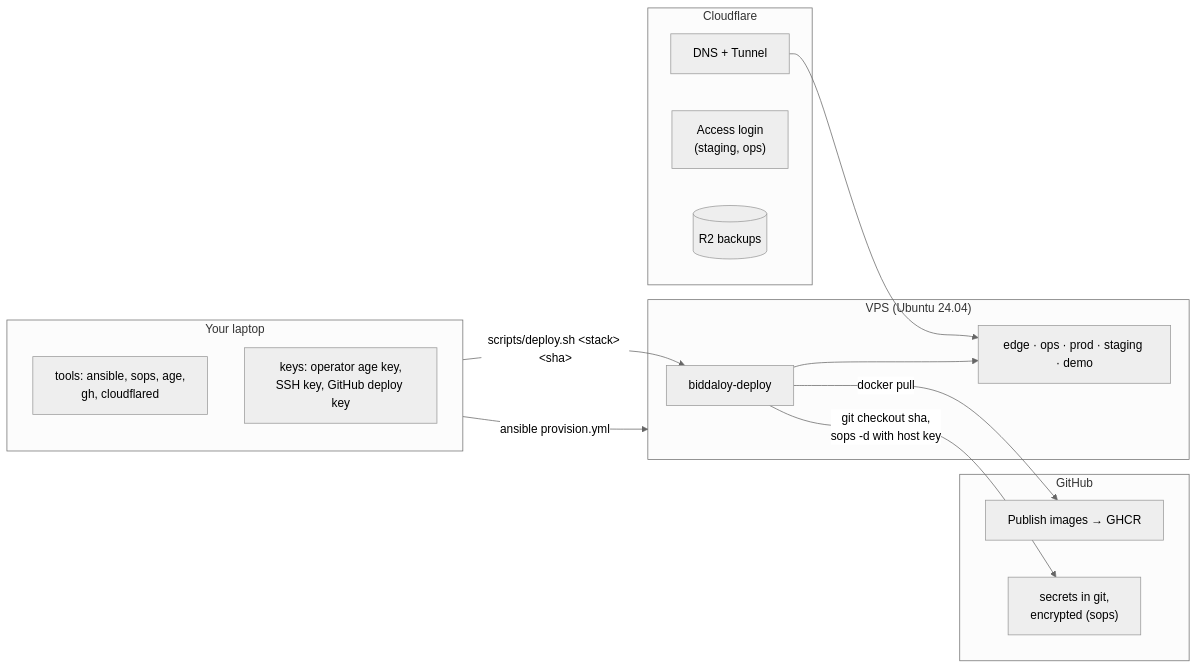
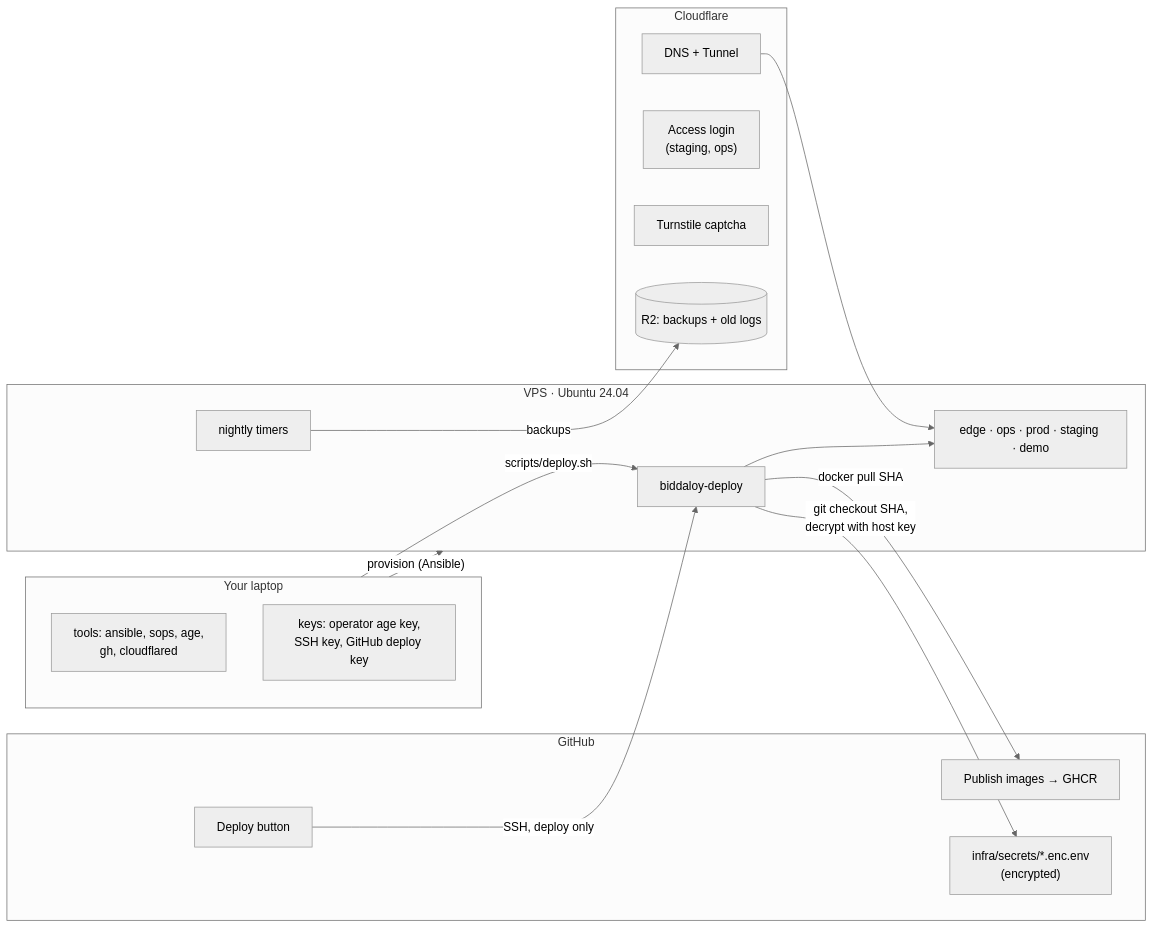
The first of 4 diagrams in docs/architecture/31-vps-deploy-walkthrough.md (tareq89/biddaloy), drawn with Mermaid (neutral theme) before and after one commit. The commit also changed other lines of this file and 2 other files, not shown here.

First line of the commit message:
docs(deploy): complete deploy-from-zero guide for any domain, VM or provider

````diff
--- a/docs/architecture/31-vps-deploy-walkthrough.md
+++ b/docs/architecture/31-vps-deploy-walkthrough.md
@@ -20,26 +60,31 @@
 ```mermaid
 flowchart LR
   subgraph laptop ["Your laptop"]
     T["tools: ansible, sops, age,<br/>gh, cloudflared"]
     K["keys: operator age key,<br/>SSH key, GitHub deploy key"]
   end
   subgraph cf ["Cloudflare"]
     D["DNS + Tunnel"]
     A["Access login<br/>(staging, ops)"]
-    R2[("R2 backups")]
+    TS["Turnstile captcha"]
+    R2[("R2: backups + old logs")]
   end
   subgraph gh ["GitHub"]
     I["Publish images → GHCR"]
-    S["secrets in git,<br/>encrypted (sops)"]
+    S["infra/secrets/*.enc.env<br/>(encrypted)"]
+    DB["Deploy button"]
   end
-  subgraph vps ["VPS (Ubuntu 24.04)"]
+  subgraph vps ["VPS · Ubuntu 24.04"]
     P["biddaloy-deploy"]
     ST["edge · ops · prod · staging · demo"]
+    N["nightly timers"]
   end
-  laptop -->|"ansible provision.yml"| vps
-  laptop -->|"scripts/deploy.sh &lt;stack&gt; &lt;sha&gt;"| P
-  P -->|"git checkout sha,<br/>sops -d with host key"| S
-  P -->|"docker pull"| I
+  laptop -->|"provision (Ansible)"| vps
+  laptop -->|"scripts/deploy.sh"| P
+  DB -->|"SSH, deploy only"| P
+  P -->|"git checkout SHA,<br/>decrypt with host key"| S
+  P -->|"docker pull SHA"| I
   P --> ST
   D --> ST
+  N -->|"backups"| R2
 ```
````
